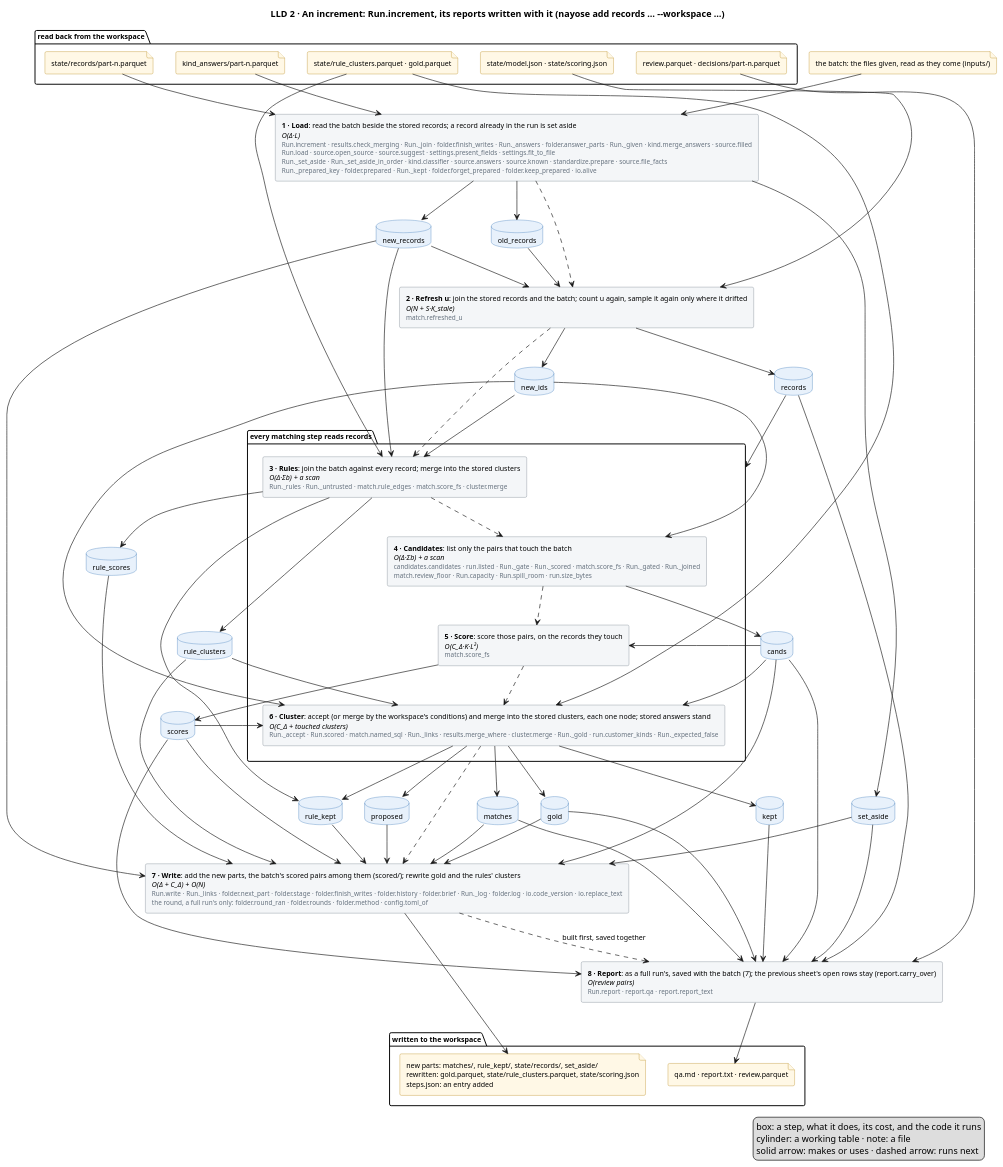
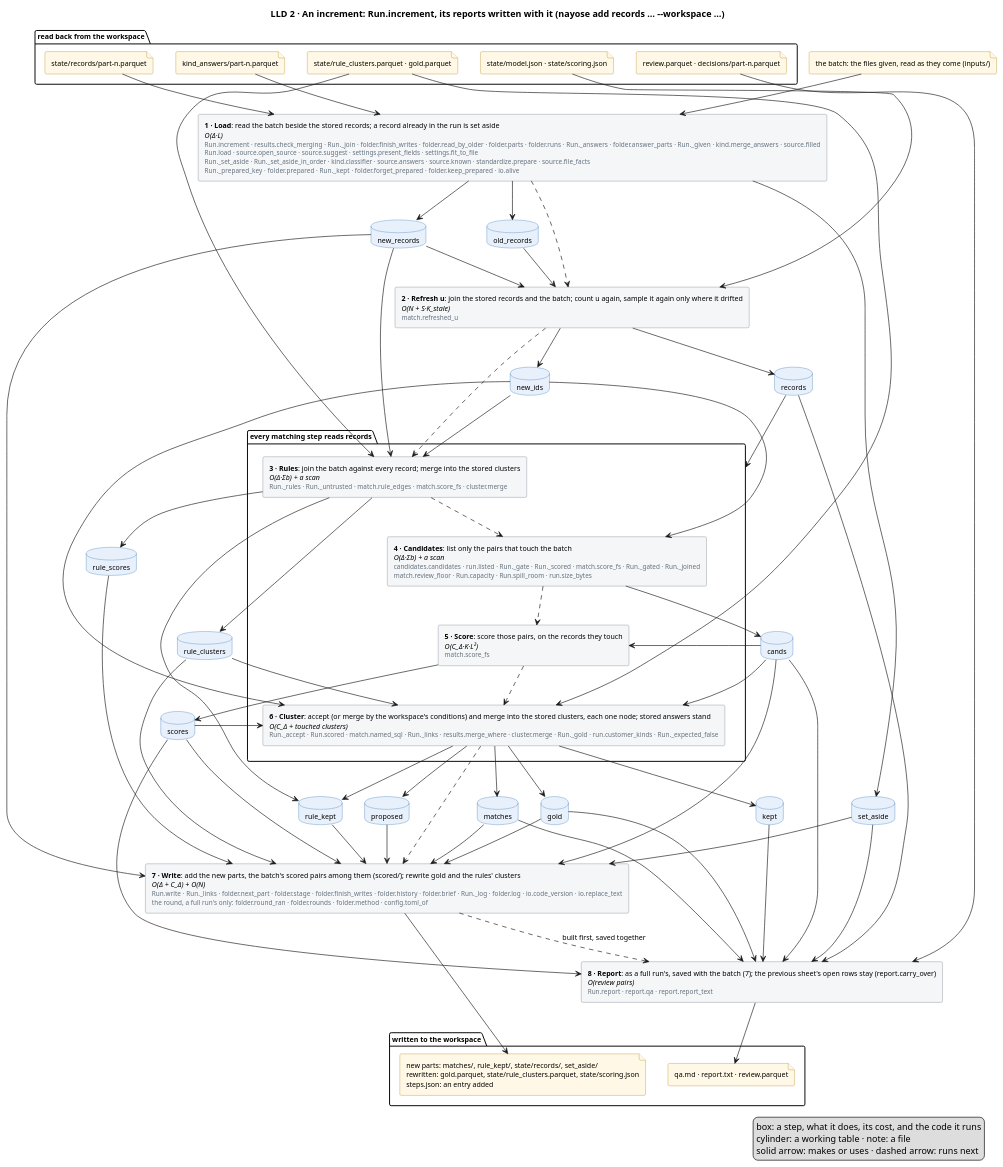
One commit to mvsbm/entity_matching changed the diagram in docs/diagrams/increment.puml. Above: the diagram before and after it, drawn with PlantUML. The commit also changed 17 other files, not shown here.

First line of the commit message:
A file's columns that look wrong are diagnosed and set right in one click: lists read as their item, names that belong to the other kind, values that belong to another field

```diff
--- a/docs/diagrams/increment.puml
+++ b/docs/diagrams/increment.puml
@@ -1,124 +1,124 @@
 @startuml increment
 title LLD 2 · An increment: Run.increment, its reports written with it (nayose add records … ~--workspace …)
 skinparam defaultFontSize 11
 skinparam rectangle {
   BackgroundColor #F4F6F8
   BorderColor #65717E
 }
 skinparam database {
   BackgroundColor #E8F1FB
   BorderColor #2C6DB3
 }
 skinparam file {
   BackgroundColor #FFF8E6
   BorderColor #B07D00
 }
 
 package "read back from the workspace" {
   file "state/model.json · state/scoring.json" as f_model
   file "state/records/part-n.parquet" as f_records
   file "state/rule_clusters.parquet · gold.parquet" as f_clusters
   file "kind_answers/part-n.parquet" as f_answers
   file "review.parquet · decisions/part-n.parquet" as f_sheet
 }
 file "the batch: the files given, read as they come (inputs/)" as f_batch
 
 
-rectangle "<b>1 · Load</b>: read the batch beside the stored records; a record already in the run is set aside\n<i>O(Δ·L)</i>\n<size:10><color:#65717E>Run.increment · results.check_merging · Run._join · folder.finish_writes · Run._answers · folder.answer_parts · Run._given · kind.merge_answers · source.filled</color></size>\n<size:10><color:#65717E>Run.load · source.open_source · source.suggest · settings.present_fields · settings.fit_to_file</color></size>\n<size:10><color:#65717E>Run._set_aside · Run._set_aside_in_order · kind.classifier · source.answers · source.known · standardize.prepare · source.file_facts</color></size>\n<size:10><color:#65717E>Run._prepared_key · folder.prepared · Run._kept · folder.forget_prepared · folder.keep_prepared · io.alive</color></size>" as load
+rectangle "<b>1 · Load</b>: read the batch beside the stored records; a record already in the run is set aside\n<i>O(Δ·L)</i>\n<size:10><color:#65717E>Run.increment · results.check_merging · Run._join · folder.finish_writes · folder.read_by_older · folder.parts · folder.runs · Run._answers · folder.answer_parts · Run._given · kind.merge_answers · source.filled</color></size>\n<size:10><color:#65717E>Run.load · source.open_source · source.suggest · settings.present_fields · settings.fit_to_file</color></size>\n<size:10><color:#65717E>Run._set_aside · Run._set_aside_in_order · kind.classifier · source.answers · source.known · standardize.prepare · source.file_facts</color></size>\n<size:10><color:#65717E>Run._prepared_key · folder.prepared · Run._kept · folder.forget_prepared · folder.keep_prepared · io.alive</color></size>" as load
 rectangle "<b>2 · Refresh u</b>: join the stored records and the batch; count u again, sample it again only where it drifted\n<i>O(N + S·K_stale)</i>\n<size:10><color:#65717E>match.refreshed_u</color></size>" as fit
 package "every matching step reads records" as matching {
   rectangle "<b>3 · Rules</b>: join the batch against every record; merge into the stored clusters\n<i>O(Δ·Σb) + a scan</i>\n<size:10><color:#65717E>Run._rules · Run._untrusted · match.rule_edges · match.score_fs · cluster.merge</color></size>" as rules
   rectangle "<b>4 · Candidates</b>: list only the pairs that touch the batch\n<i>O(Δ·Σb) + a scan</i>\n<size:10><color:#65717E>candidates.candidates · run.listed · Run._gate · Run._scored · match.score_fs · Run._gated · Run._joined</color></size>\n<size:10><color:#65717E>match.review_floor · Run.capacity · Run.spill_room · run.size_bytes</color></size>" as candidates
   rectangle "<b>5 · Score</b>: score those pairs, on the records they touch\n<i>O(C_Δ·K·L²)</i>\n<size:10><color:#65717E>match.score_fs</color></size>" as score
   rectangle "<b>6 · Cluster</b>: accept (or merge by the workspace's conditions) and merge into the stored clusters, each one node; stored answers stand\n<i>O(C_Δ + touched clusters)</i>\n<size:10><color:#65717E>Run._accept · Run.scored · match.named_sql · Run._links · results.merge_where · cluster.merge · Run._gold · run.customer_kinds · Run._expected_false</color></size>" as cluster
 }
 rectangle "<b>7 · Write</b>: add the new parts, the batch's scored pairs among them (scored/); rewrite gold and the rules' clusters\n<i>O(Δ + C_Δ) + O(N)</i>\n<size:10><color:#65717E>Run.write · Run._links · folder.next_part · folder.stage · folder.finish_writes · folder.history · folder.brief · Run._log · folder.log · io.code_version · io.replace_text</color></size>\n<size:10><color:#65717E>the round, a full run's only: folder.round_ran · folder.rounds · folder.method · config.toml_of</color></size>" as write
 rectangle "<b>8 · Report</b>: as a full run's, saved with the batch (7); the previous sheet's open rows stay (report.carry_over)\n<i>O(review pairs)</i>\n<size:10><color:#65717E>Run.report · report.qa · report.report_text</color></size>" as report
 database "old_records" as old_records
 database "new_records" as new_records
 database "set_aside" as set_aside
 database "records" as records
 database "new_ids" as new_ids
 database "rule_clusters" as rule_clusters
 database "rule_kept" as rule_kept
 database "cands" as cands
 database "scores" as scores
 database "rule_scores" as rule_scores
 database "matches" as matches
 database "proposed" as proposed
 database "kept" as kept
 database "gold" as gold
 
 package "written to the workspace" {
   file "new parts: matches/, rule_kept/, state/records/, set_aside/\nrewritten: gold.parquet, state/rule_clusters.parquet, state/scoring.json\nsteps.json: an entry added" as f_out
   file "qa.md · report.txt · review.parquet" as f_people
 }
 
 f_batch --> load
 f_records --> load
 f_answers --> load
 f_model --> fit
 f_clusters --> rules
 f_clusters --> cluster
 f_sheet --> report
 
 load ..> fit
 fit ..> rules
 rules ..> candidates
 candidates ..> score
 score ..> cluster
 cluster ..> write
 write ..> report : built first, saved together
 
 load --> old_records
 load --> new_records
 load --> set_aside
 old_records --> fit
 new_records --> fit
 fit --> records
 fit --> new_ids
 records --> matching
 new_records --> rules
 new_ids --> rules
 rules --> rule_clusters
 rules --> rule_kept
 rules --> rule_scores
 rule_scores --> write
 cands --> write
 scores --> write
 new_ids --> candidates
 candidates --> cands
 cands --> score
 score --> scores
 new_ids --> cluster
 rule_clusters --> cluster
 cands --> cluster
 scores --> cluster
 cluster --> matches
 cluster --> proposed
 cluster --> kept
 cluster --> rule_kept
 kept --> report
 proposed --> write
 cluster --> gold
 new_records --> write
 rule_clusters --> write
 rule_kept --> write
 matches --> write
 gold --> write
 set_aside --> write
 records --> report
 cands --> report
 scores --> report
 matches --> report
 gold --> report
 set_aside --> report
 
 write --> f_out
 report --> f_people
 legend right
   box: a step, what it does, its cost, and the code it runs
   cylinder: a working table · note: a file
   solid arrow: makes or uses · dashed arrow: runs next
 endlegend
 @enduml
```
